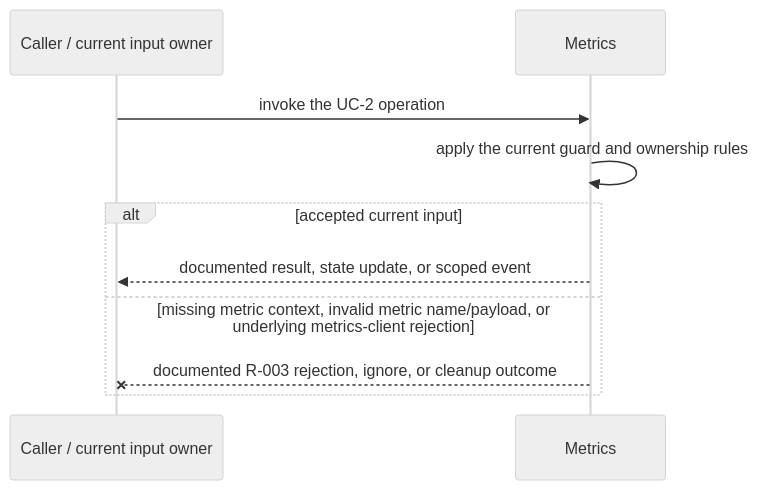
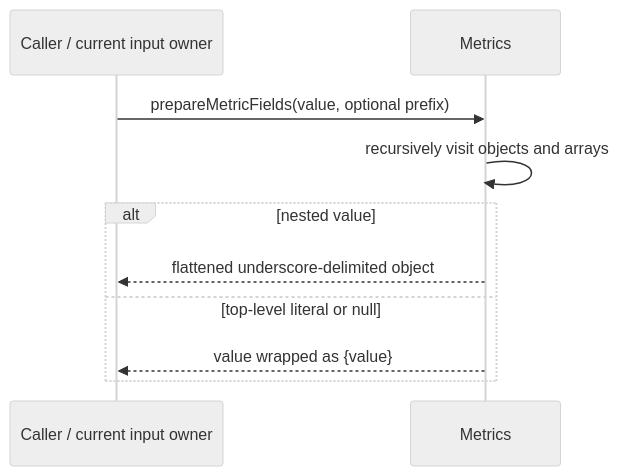
Before and after one commit to webex/webex-js-sdk: the third of 4 diagrams in packages/@webex/plugin-meetings/src/metrics/ai-docs/metrics-spec.md, drawn with Mermaid (neutral theme). The commit also changed other lines of this file and 24 other files, not shown here.

````diff
--- a/packages/@webex/plugin-meetings/src/metrics/ai-docs/metrics-spec.md
+++ b/packages/@webex/plugin-meetings/src/metrics/ai-docs/metrics-spec.md
@@ -130,12 +128,12 @@
 ```mermaid
 sequenceDiagram
   participant C as Caller / current input owner
   participant M as Metrics
-  C->>M: invoke the UC-2 operation
-  M->>M: apply the current guard and ownership rules
-  alt accepted current input
-    M-->>C: documented result, state update, or scoped event
-  else missing metric context, invalid metric name/payload, or underlying metrics-client rejection
-    M--xC: documented R-003 rejection, ignore, or cleanup outcome
+  C->>M: prepareMetricFields(value, optional prefix)
+  M->>M: recursively visit objects and arrays
+  alt nested value
+    M-->>C: flattened underscore-delimited object
+  else top-level literal or null
+    M-->>C: value wrapped as {value}
   end
 ```
````
